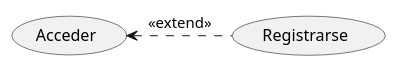
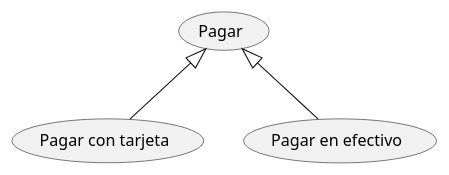
Before and after one commit to valencodes/UD12_usoUML_DVGC: the diagram in src/casos_de_uso.puml, drawn with PlantUML.

Commit message:
Generalizacion

```diff
--- a/src/casos_de_uso.puml
+++ b/src/casos_de_uso.puml
@@ -1,5 +1,6 @@
 @startuml
 
-(Acceder)<.(Registrarse):<<extend>>
+(Pagar)<|--(Pagar con tarjeta)
+(Pagar)<|--(Pagar en efectivo)
 
 @enduml
```
